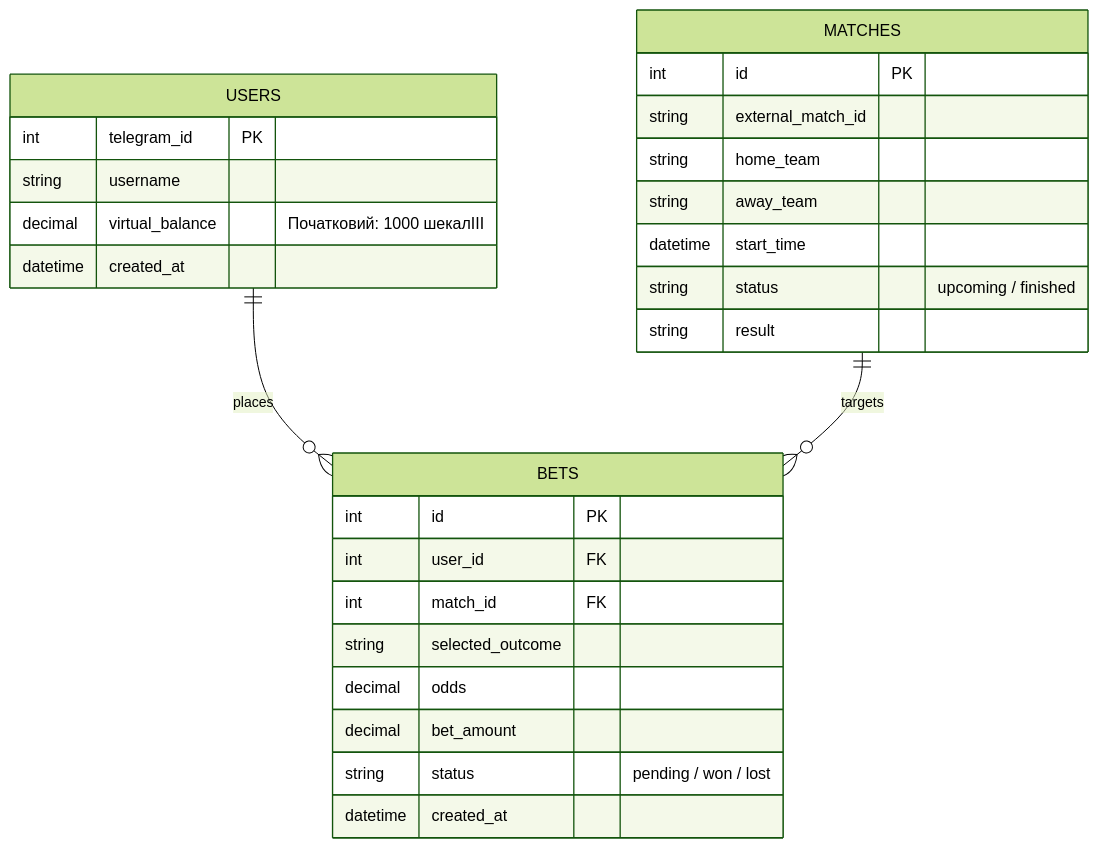
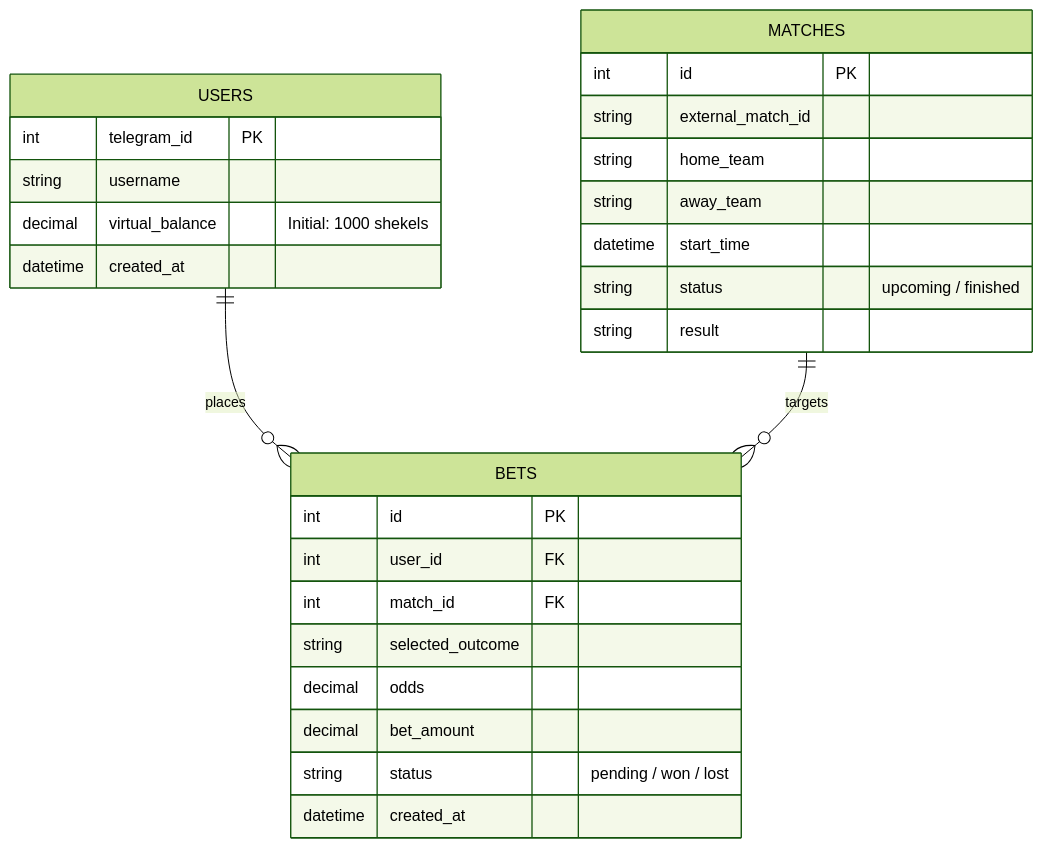
Before and after one commit to dDaijin/betkabot: the diagram in README.md, drawn with Mermaid (forest theme). The commit also changed other lines of this file, not shown here.

````diff
--- a/README.md
+++ b/README.md
@@ -32,34 +32,34 @@
 ```mermaid
 erDiagram
     USERS ||--o{ BETS : places
     MATCHES ||--o{ BETS : targets
 
     USERS {
         int telegram_id PK
         string username
-        decimal virtual_balance "Початковий: 1000 шекалІІІ"
+        decimal virtual_balance "Initial: 1000 shekels"
         datetime created_at
     }
 
     BETS {
         int id PK
         int user_id FK
         int match_id FK
         string selected_outcome
         decimal odds
         decimal bet_amount
         string status "pending / won / lost"
         datetime created_at
     }
 
     MATCHES {
         int id PK
         string external_match_id
         string home_team
         string away_team
         datetime start_time
         string status "upcoming / finished"
         string result
     }
 
 ```
````
